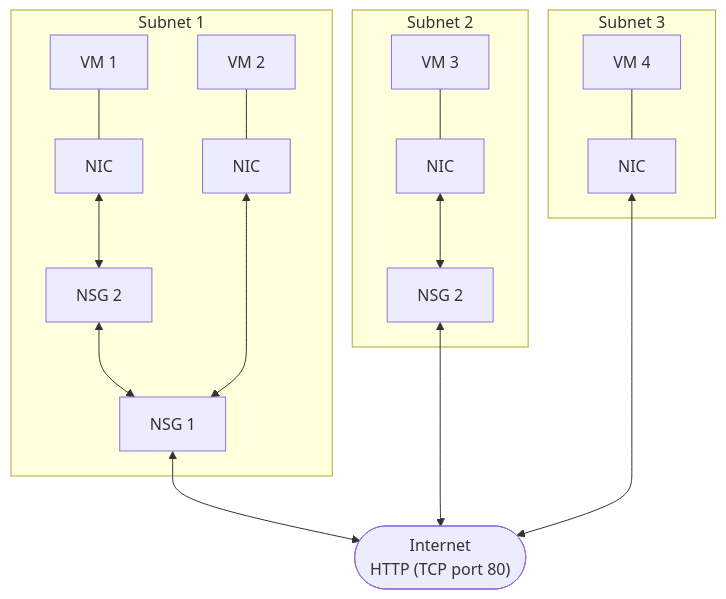
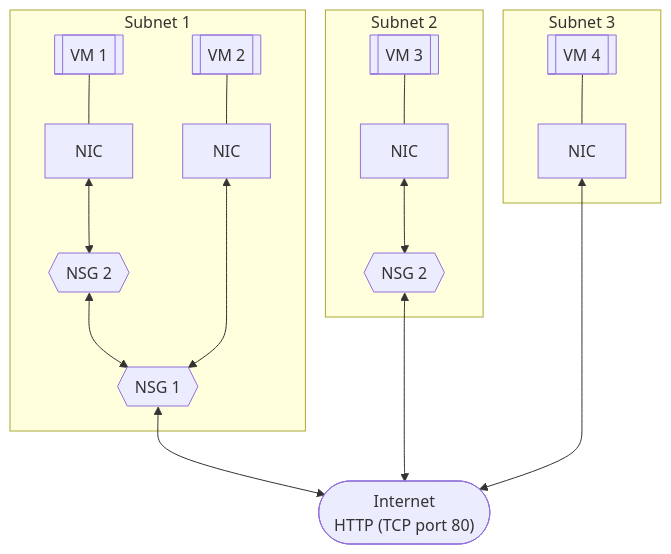
The diagram in 02-network-security-groups.md (JaimeStill/virtual-networks), drawn with Mermaid before and after one commit.

Commit message:
network security groups: progress

````diff
--- a/02-network-security-groups.md
+++ b/02-network-security-groups.md
@@ -85,21 +85,21 @@
 ```mermaid
 flowchart TD
     subgraph sn1[Subnet 1]
-    vm1[VM 1]---nc1[NIC]
-    nc1<-->nsg2[NSG 2];
-    nsg2<-->nsg1[NSG 1]
-    vm2[VM 2]---nc2[NIC]
+    vm1[[VM 1]]---nc1[NIC]
+    nc1<-->nsg2{{NSG 2}};
+    nsg2<-->nsg1{{NSG 1}}
+    vm2[[VM 2]]---nc2[NIC]
     nc2<--->nsg1
     end
     subgraph sn2[Subnet 2]
-    vm3[VM 3]---nc3[NIC]
-    nc3<-->nsg3[NSG 2]
+    vm3[[VM 3]]---nc3[NIC]
+    nc3<-->nsg3{{NSG 2}}
     end
     subgraph sn3[Subnet 3]
-    vm4[VM 4]---nc4[NIC]
+    vm4[[VM 4]]---nc4[NIC]
     end
-    nsg1<-->inet(["`Internet
-    HTTP (TCP port 80)`"])
+    nsg1<-->inet(["Internet
+    HTTP (TCP port 80)"])
     nsg3<--->inet
     nc4<---->inet
 ```
````
